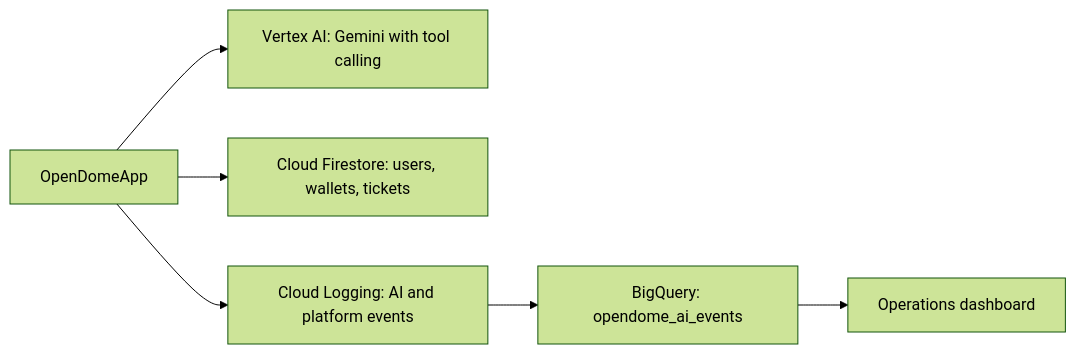
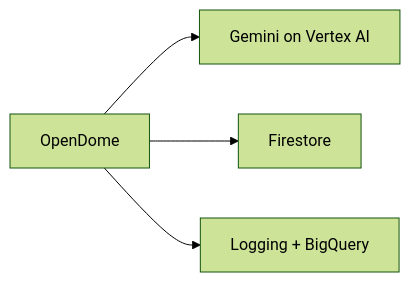
The fifth of 6 diagrams in README.md (Effisend-Labs/Open-Dome), drawn with Mermaid (forest theme) before and after one commit. The commit also changed other lines of this file and 2 other files, not shown here.

First line of the commit message:
Clarify guest App vs developer Sandbox paths and simplify docs.

````diff
--- a/README.md
+++ b/README.md
@@ -145,8 +187,6 @@
 ```mermaid
 flowchart LR
-  Host["OpenDomeApp"] --> Vertex["Vertex AI: Gemini with tool calling"]
-  Host --> Firestore["Cloud Firestore: users, wallets, tickets"]
-  Host --> Logging["Cloud Logging: AI and platform events"]
-  Logging --> BigQuery["BigQuery: opendome_ai_events"]
-  BigQuery --> Dashboard["Operations dashboard"]
+  OpenDome["OpenDome"] --> Gemini["Gemini on Vertex AI"]
+  OpenDome --> Data["Firestore"]
+  OpenDome --> Evidence["Logging + BigQuery"]
 ```
````
